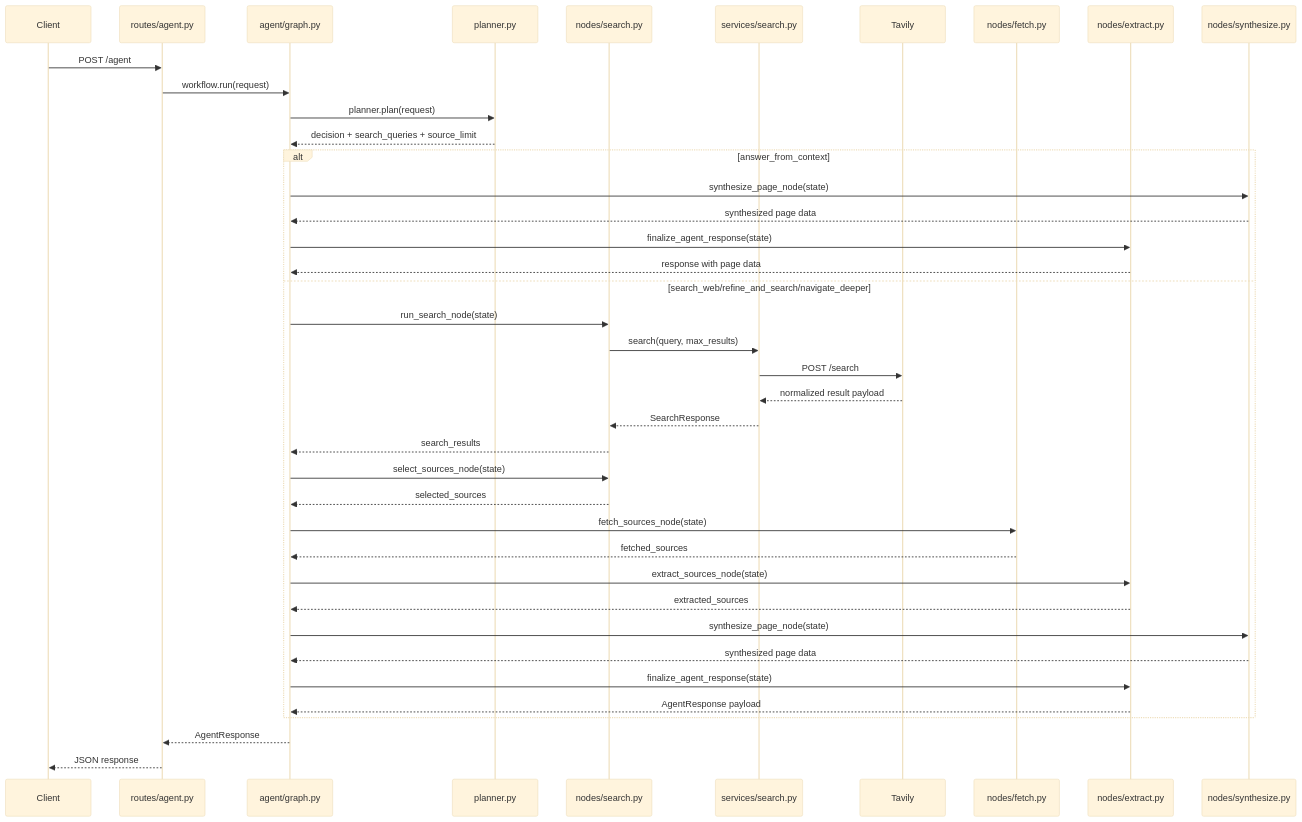
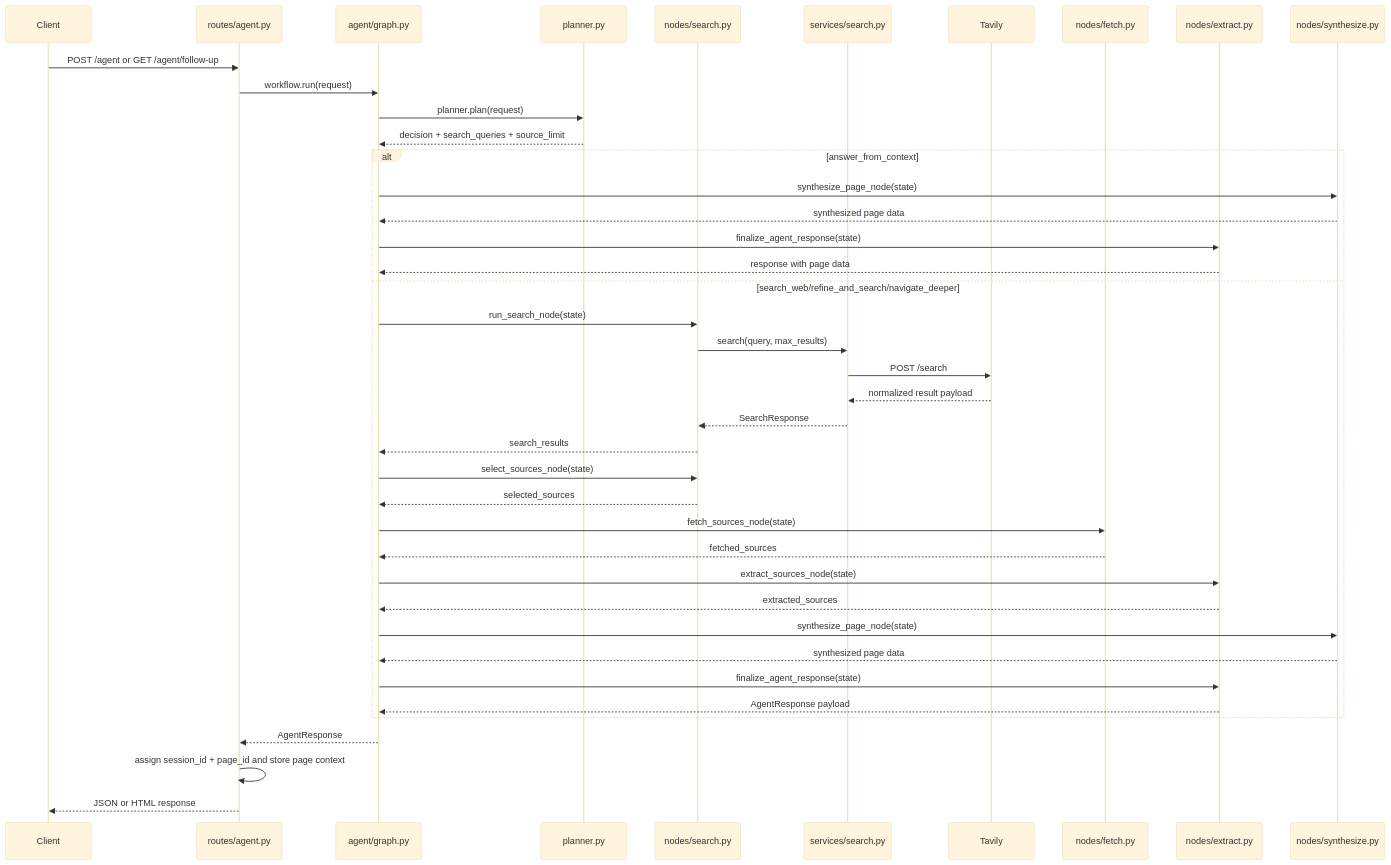
Before and after one commit to kunalchaturvedi/agentic-browser: the second of 3 diagrams in docs/design.md, drawn with Mermaid (base theme). The commit also changed other lines of this file and 14 other files, not shown here.

````diff
--- a/docs/design.md
+++ b/docs/design.md
@@ -76,45 +80,46 @@
 ```mermaid
 sequenceDiagram
     participant U as Client
     participant R as routes/agent.py
     participant G as agent/graph.py
     participant P as planner.py
     participant S as nodes/search.py
     participant SS as services/search.py
     participant T as Tavily
     participant F as nodes/fetch.py
     participant E as nodes/extract.py
     participant SYN as nodes/synthesize.py
 
-    U->>R: POST /agent
+    U->>R: POST /agent or GET /agent/follow-up
     R->>G: workflow.run(request)
     G->>P: planner.plan(request)
     P-->>G: decision + search_queries + source_limit
 
     alt answer_from_context
         G->>SYN: synthesize_page_node(state)
         SYN-->>G: synthesized page data
         G->>E: finalize_agent_response(state)
         E-->>G: response with page data
     else search_web/refine_and_search/navigate_deeper
         G->>S: run_search_node(state)
         S->>SS: search(query, max_results)
         SS->>T: POST /search
         T-->>SS: normalized result payload
         SS-->>S: SearchResponse
         S-->>G: search_results
         G->>S: select_sources_node(state)
         S-->>G: selected_sources
         G->>F: fetch_sources_node(state)
         F-->>G: fetched_sources
         G->>E: extract_sources_node(state)
         E-->>G: extracted_sources
         G->>SYN: synthesize_page_node(state)
         SYN-->>G: synthesized page data
         G->>E: finalize_agent_response(state)
         E-->>G: AgentResponse payload
     end
 
     G-->>R: AgentResponse
-    R-->>U: JSON response
+    R->>R: assign session_id + page_id and store page context
+    R-->>U: JSON or HTML response
 ```
````
